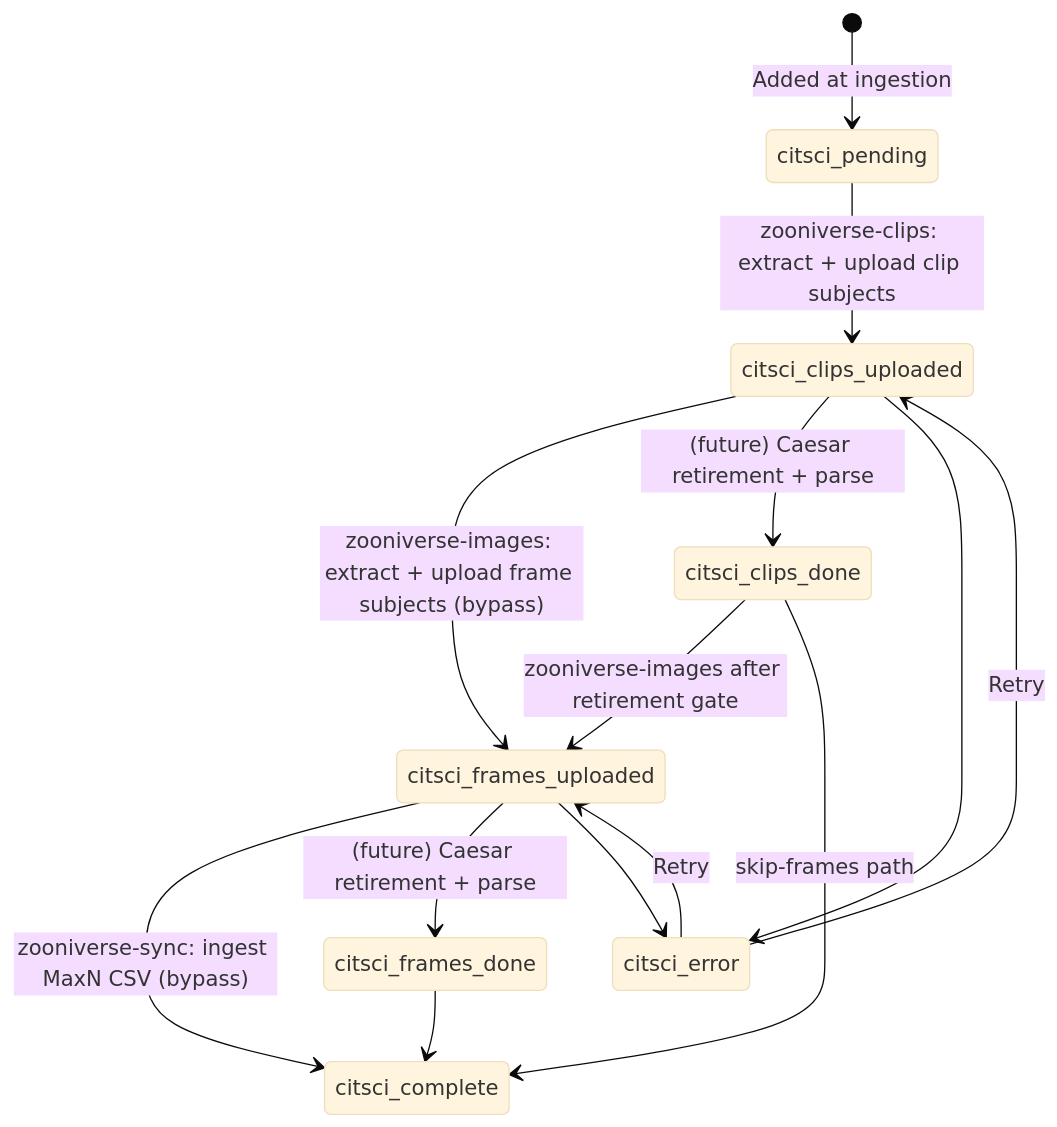
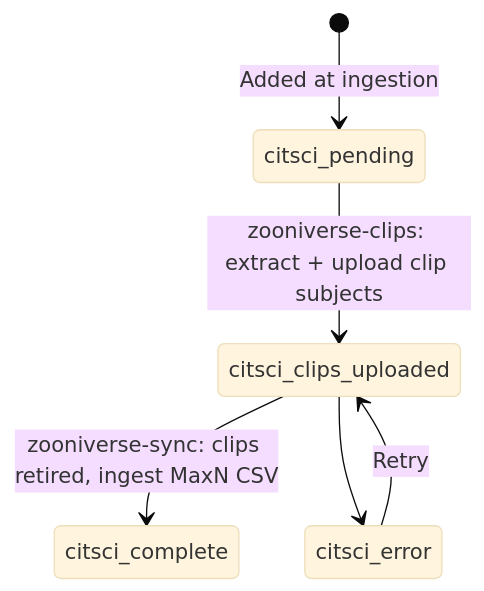
Before and after one commit to wildlifeai/spyfish-aotearoa-toolkit: diagram 11 of 14 in design_doc.md, drawn with Mermaid (base theme). The commit also changed other lines of this file and 40 other files, not shown here.

````diff
--- a/design_doc.md
+++ b/design_doc.md
@@ -721,19 +780,8 @@
 ```mermaid
 stateDiagram-v2
     [*] --> citsci_pending : Added at ingestion
     citsci_pending --> citsci_clips_uploaded : zooniverse-clips: extract + upload clip subjects
-
-    citsci_clips_uploaded --> citsci_frames_uploaded : zooniverse-images: extract + upload frame subjects (bypass)
-    citsci_clips_uploaded --> citsci_clips_done : (future) Caesar retirement + parse
-    citsci_clips_done --> citsci_frames_uploaded : zooniverse-images after retirement gate
-    citsci_clips_done --> citsci_complete : skip-frames path
-
-    citsci_frames_uploaded --> citsci_complete : zooniverse-sync: ingest MaxN CSV (bypass)
-    citsci_frames_uploaded --> citsci_frames_done : (future) Caesar retirement + parse
-    citsci_frames_done --> citsci_complete
-
+    citsci_clips_uploaded --> citsci_complete : zooniverse-sync: clips retired, ingest MaxN CSV
     citsci_clips_uploaded --> citsci_error
-    citsci_frames_uploaded --> citsci_error
     citsci_error --> citsci_clips_uploaded : Retry
-    citsci_error --> citsci_frames_uploaded : Retry
 ```
````
